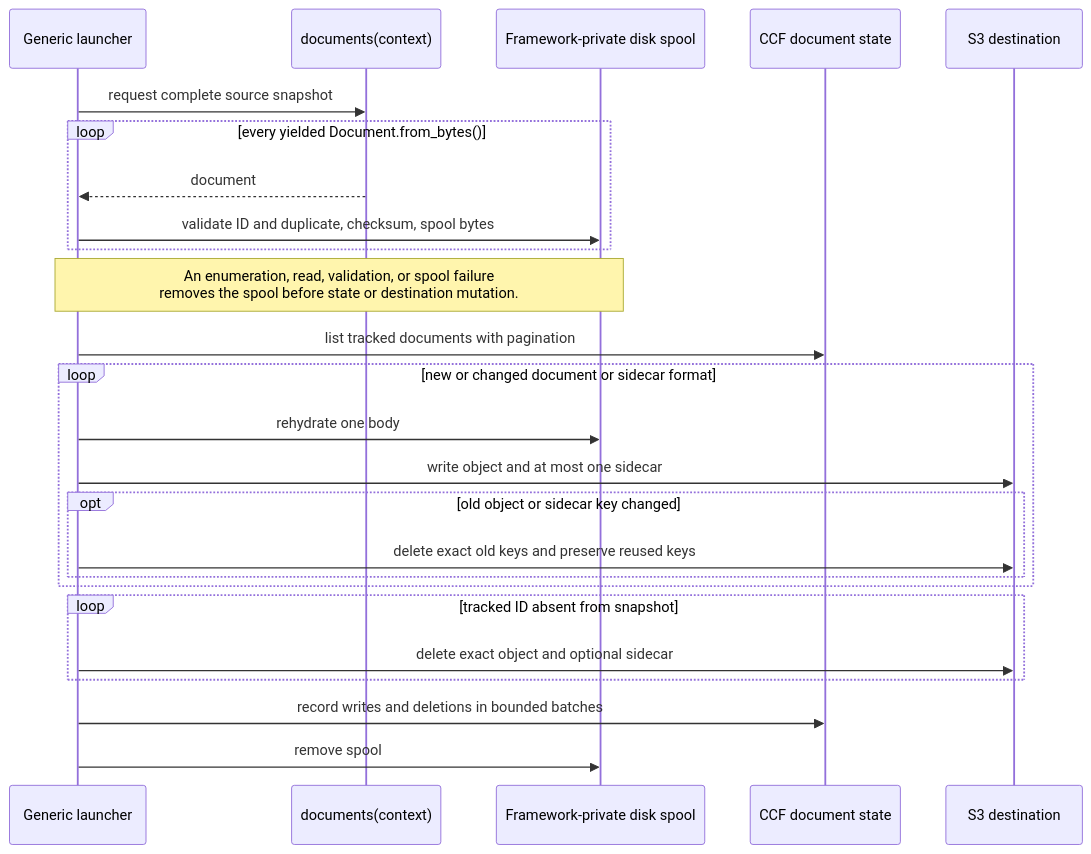
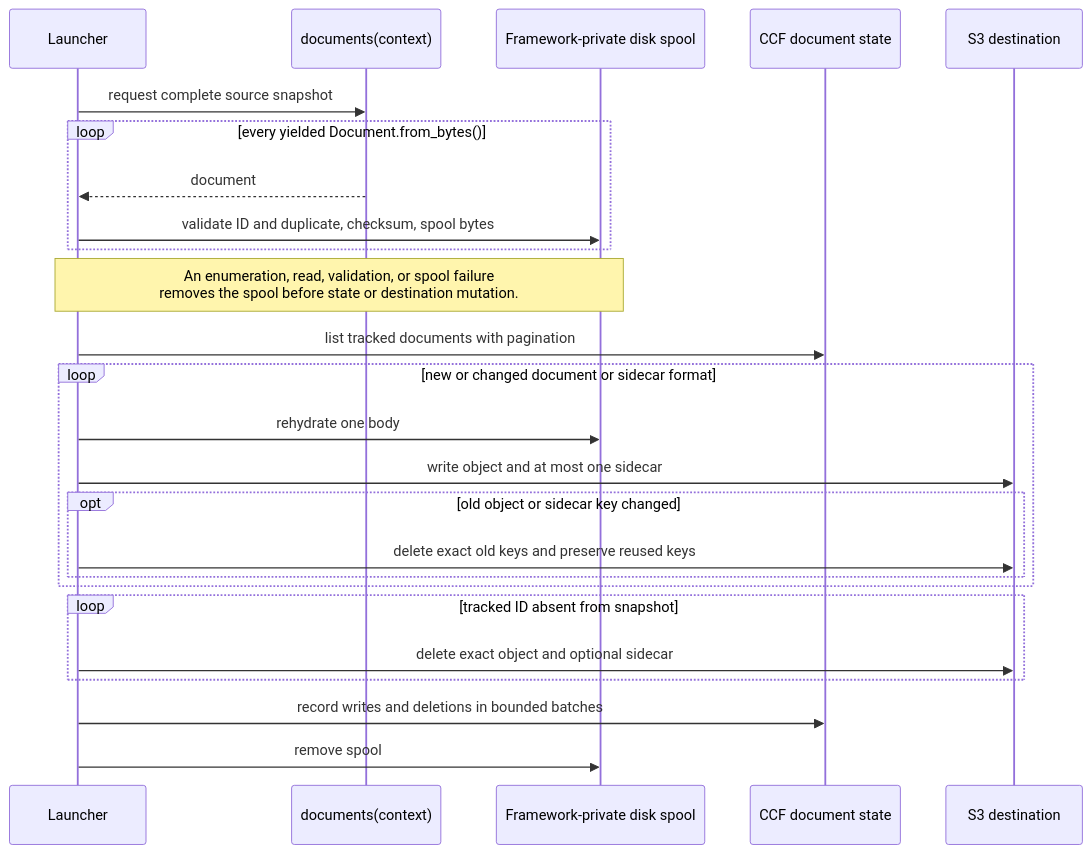
The second of 2 diagrams in README.md (aws-samples/sample-custom-connector-framework-for-knowledge-bases), drawn with Mermaid before and after one commit. The commit also changed other lines of this file, not shown here.

````diff
--- a/README.md
+++ b/README.md
@@ -188,28 +211,28 @@
 ```mermaid
 sequenceDiagram
-  participant L as Generic launcher
+  participant L as Launcher
   participant C as documents(context)
   participant P as Framework-private disk spool
   participant S as CCF document state
   participant D as S3 destination
 
   L->>C: request complete source snapshot
   loop every yielded Document.from_bytes()
     C-->>L: document
     L->>P: validate ID and duplicate, checksum, spool bytes
   end
   Note over L,P: An enumeration, read, validation, or spool failure<br/>removes the spool before state or destination mutation.
   L->>S: list tracked documents with pagination
   loop new or changed document or sidecar format
     L->>P: rehydrate one body
     L->>D: write object and at most one sidecar
     opt old object or sidecar key changed
       L->>D: delete exact old keys and preserve reused keys
     end
   end
   loop tracked ID absent from snapshot
     L->>D: delete exact object and optional sidecar
   end
   L->>S: record writes and deletions in bounded batches
   L->>P: remove spool
 ```
````
